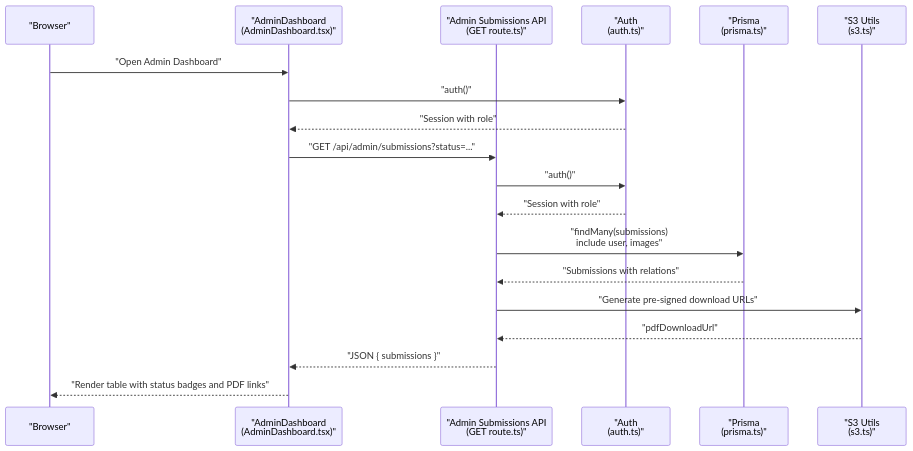
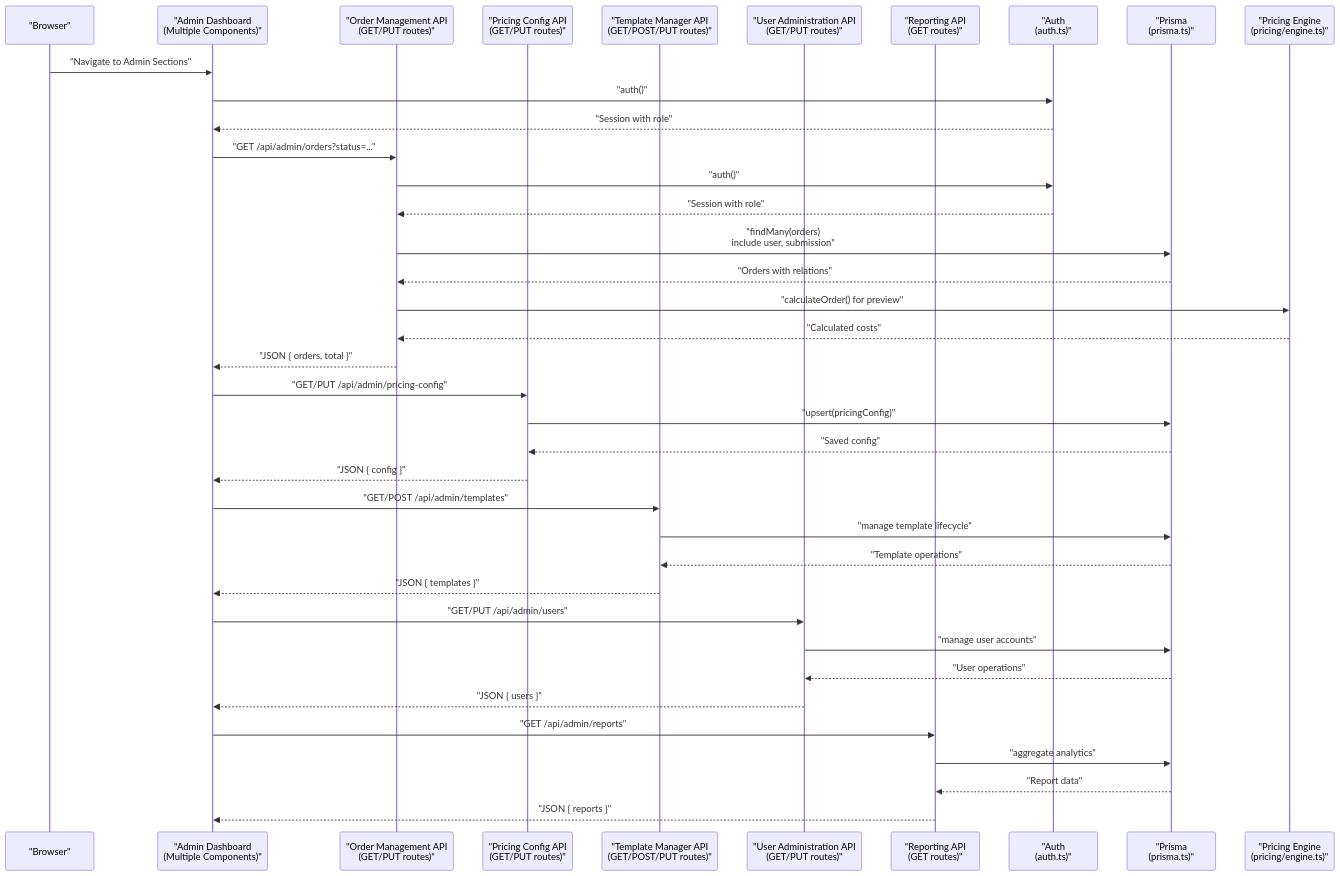
The second of 9 diagrams in .qoder/repowiki/en/content/Administrative Features/Administrative Features.md (Crowdspender/titchybooks-app), drawn with Mermaid before and after one commit. The commit also changed other lines of this file and 62 other files, not shown here.

````diff
--- a/.qoder/repowiki/en/content/Administrative Features/Administrative Features.md
+++ b/.qoder/repowiki/en/content/Administrative Features/Administrative Features.md
@@ -116,21 +236,40 @@
 ```mermaid
 sequenceDiagram
 participant Browser as "Browser"
-participant AdminUI as "AdminDashboard<br/>(AdminDashboard.tsx)"
-participant API as "Admin Submissions API<br/>(GET route.ts)"
+participant AdminUI as "Admin Dashboard<br/>(Multiple Components)"
+participant OrdersAPI as "Order Management API<br/>(GET/PUT routes)"
+participant PricingAPI as "Pricing Config API<br/>(GET/PUT routes)"
+participant TemplatesAPI as "Template Manager API<br/>(GET/POST/PUT routes)"
+participant UsersAPI as "User Administration API<br/>(GET/PUT routes)"
+participant ReportsAPI as "Reporting API<br/>(GET routes)"
 participant Auth as "Auth<br/>(auth.ts)"
 participant DB as "Prisma<br/>(prisma.ts)"
-participant S3 as "S3 Utils<br/>(s3.ts)"
-Browser->>AdminUI : "Open Admin Dashboard"
+participant PricingEngine as "Pricing Engine<br/>(pricing/engine.ts)"
+Browser->>AdminUI : "Navigate to Admin Sections"
 AdminUI->>Auth : "auth()"
 Auth-->>AdminUI : "Session with role"
-AdminUI->>API : "GET /api/admin/submissions?status=..."
-API->>Auth : "auth()"
-Auth-->>API : "Session with role"
-API->>DB : "findMany(submissions)<br/>include user, images"
-DB-->>API : "Submissions with relations"
-API->>S3 : "Generate pre-signed download URLs"
-S3-->>API : "pdfDownloadUrl"
-API-->>AdminUI : "JSON { submissions }"
-AdminUI-->>Browser : "Render table with status badges and PDF links"
+AdminUI->>OrdersAPI : "GET /api/admin/orders?status=..."
+OrdersAPI->>Auth : "auth()"
+Auth-->>OrdersAPI : "Session with role"
+OrdersAPI->>DB : "findMany(orders)<br/>include user, submission"
+DB-->>OrdersAPI : "Orders with relations"
+OrdersAPI->>PricingEngine : "calculateOrder() for preview"
+PricingEngine-->>OrdersAPI : "Calculated costs"
+OrdersAPI-->>AdminUI : "JSON { orders, total }"
+AdminUI->>PricingAPI : "GET/PUT /api/admin/pricing-config"
+PricingAPI->>DB : "upsert(pricingConfig)"
+DB-->>PricingAPI : "Saved config"
+PricingAPI-->>AdminUI : "JSON { config }"
+AdminUI->>TemplatesAPI : "GET/POST /api/admin/templates"
+TemplatesAPI->>DB : "manage template lifecycle"
+DB-->>TemplatesAPI : "Template operations"
+TemplatesAPI-->>AdminUI : "JSON { templates }"
+AdminUI->>UsersAPI : "GET/PUT /api/admin/users"
+UsersAPI->>DB : "manage user accounts"
+DB-->>UsersAPI : "User operations"
+UsersAPI-->>AdminUI : "JSON { users }"
+AdminUI->>ReportsAPI : "GET /api/admin/reports"
+ReportsAPI->>DB : "aggregate analytics"
+DB-->>ReportsAPI : "Report data"
+ReportsAPI-->>AdminUI : "JSON { reports }"
 ```
````
